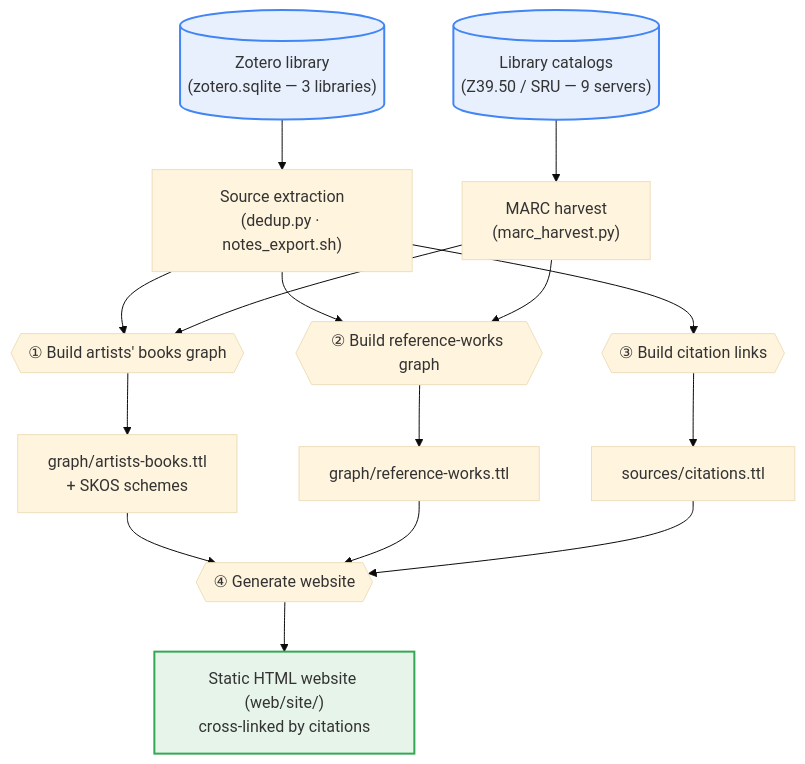
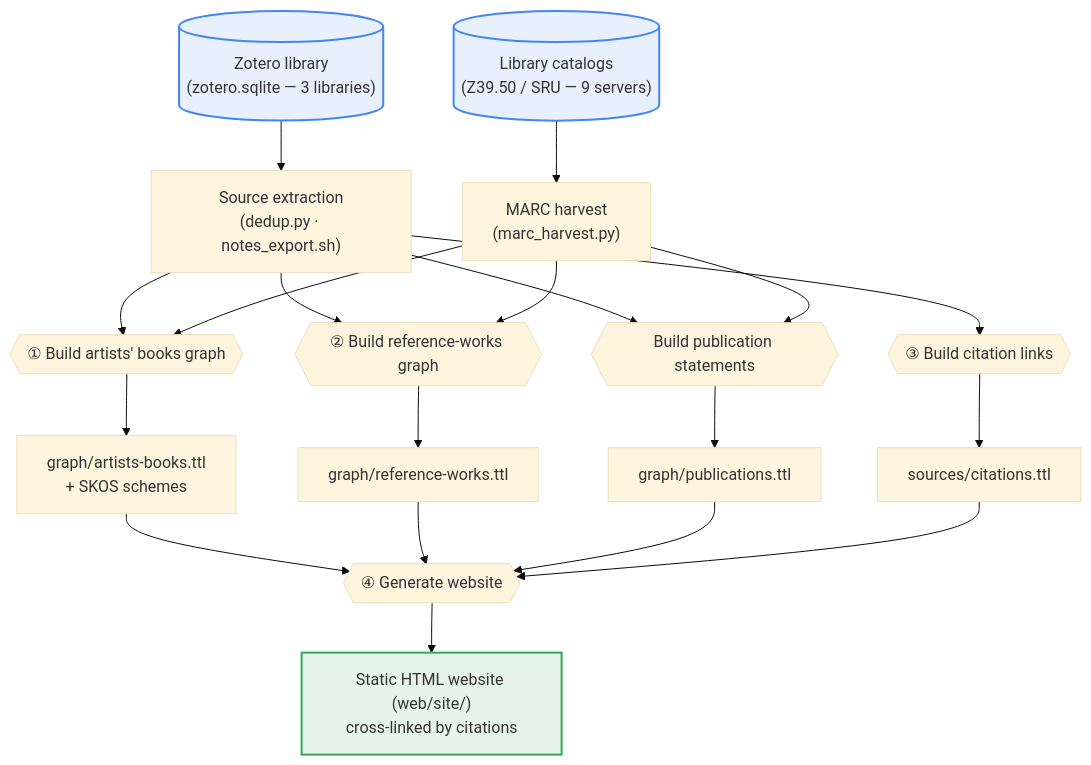
One commit to dkglab/artists-books changed the first of 5 diagrams in docs/PIPELINE.md. Above: the diagram before and after it, drawn with Mermaid (base theme). The commit also changed other lines of this file and 6 other files, not shown here.

First line of the commit message:
refactor(publication): one shared publications.rq for books and reference works (#21)

````diff
--- a/docs/PIPELINE.md
+++ b/docs/PIPELINE.md
@@ -16,28 +16,32 @@
 ```mermaid
 flowchart TD
     zotero[("Zotero library<br/>(zotero.sqlite — 3 libraries)")]
     catalogs[("Library catalogs<br/>(Z39.50 / SRU — 9 servers)")]
 
     zotero --> extract["Source extraction<br/>(dedup.py · notes_export.sh)"]
     catalogs --> marc["MARC harvest<br/>(marc_harvest.py)"]
 
     extract --> abg{{"① Build artists' books graph"}}
     marc --> abg
     extract --> refg{{"② Build reference-works graph"}}
     marc --> refg
+    extract --> pubg{{"Build publication statements"}}
+    marc --> pubg
     extract --> cit{{"③ Build citation links"}}
 
     abg --> abttl["graph/artists-books.ttl<br/>+ SKOS schemes"]
     refg --> refttl["graph/reference-works.ttl"]
+    pubg --> pubttl["graph/publications.ttl"]
     cit --> citttl["sources/citations.ttl"]
 
     abttl --> web{{"④ Generate website"}}
     refttl --> web
+    pubttl --> web
     citttl --> web
     web --> site["Static HTML website (web/site/)<br/>cross-linked by citations"]
 
     classDef input fill:#e8f0fe,stroke:#4285f4,stroke-width:2px;
     classDef output fill:#e6f4ea,stroke:#34a853,stroke-width:2px;
     class zotero,catalogs input;
     class site output;
 ```
````
